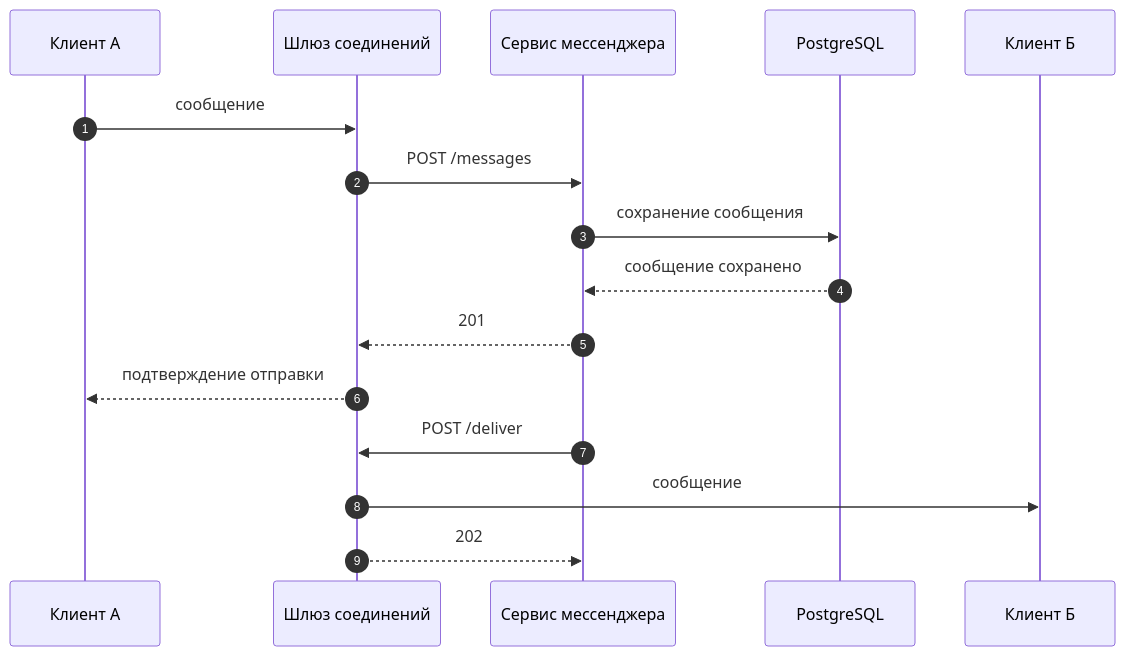
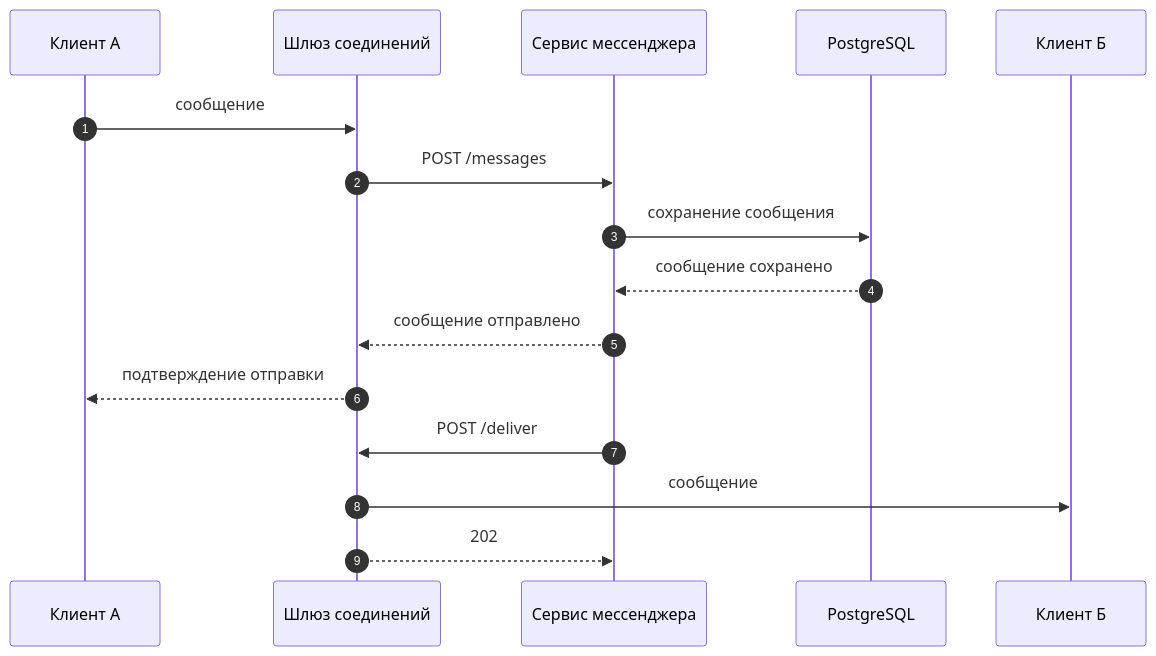
Before and after one commit to nikiats/quartz-messenger: the second of 4 diagrams in docs/tech/scenarios.md, drawn with Mermaid. The commit also changed other lines of this file and 1 other file, not shown here.

````diff
--- a/docs/tech/scenarios.md
+++ b/docs/tech/scenarios.md
@@ -30,19 +30,19 @@
 ```mermaid
 sequenceDiagram
     autonumber
     participant A as Клиент А
     participant G as Шлюз соединений
     participant M as Сервис мессенджера
     participant P as PostgreSQL
     participant B as Клиент Б
 
     A->>G: сообщение
     G->>M: POST /messages
     M->>P: сохранение сообщения
     P-->>M: сообщение сохранено
-    M-->>G: 201
+    M-->>G: сообщение отправлено
     G-->>A: подтверждение отправки
     M->>G: POST /deliver
     G->>B: сообщение
     G-->>M: 202
 ```
````
